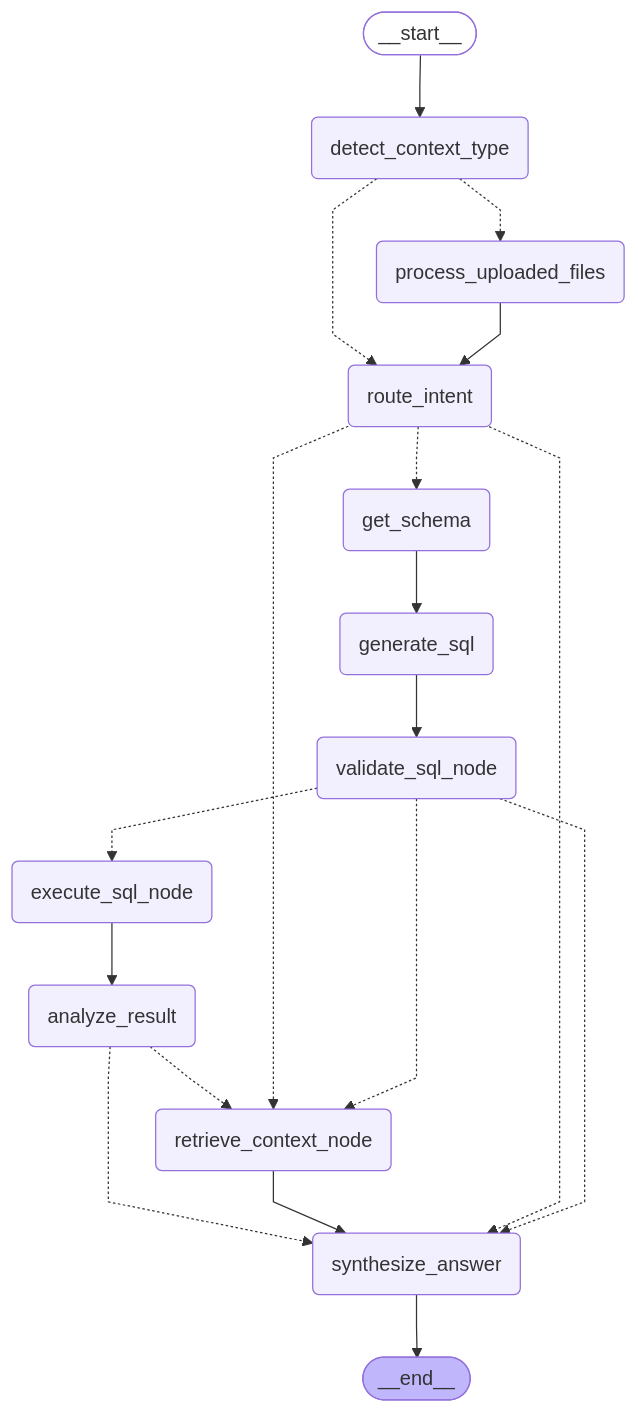
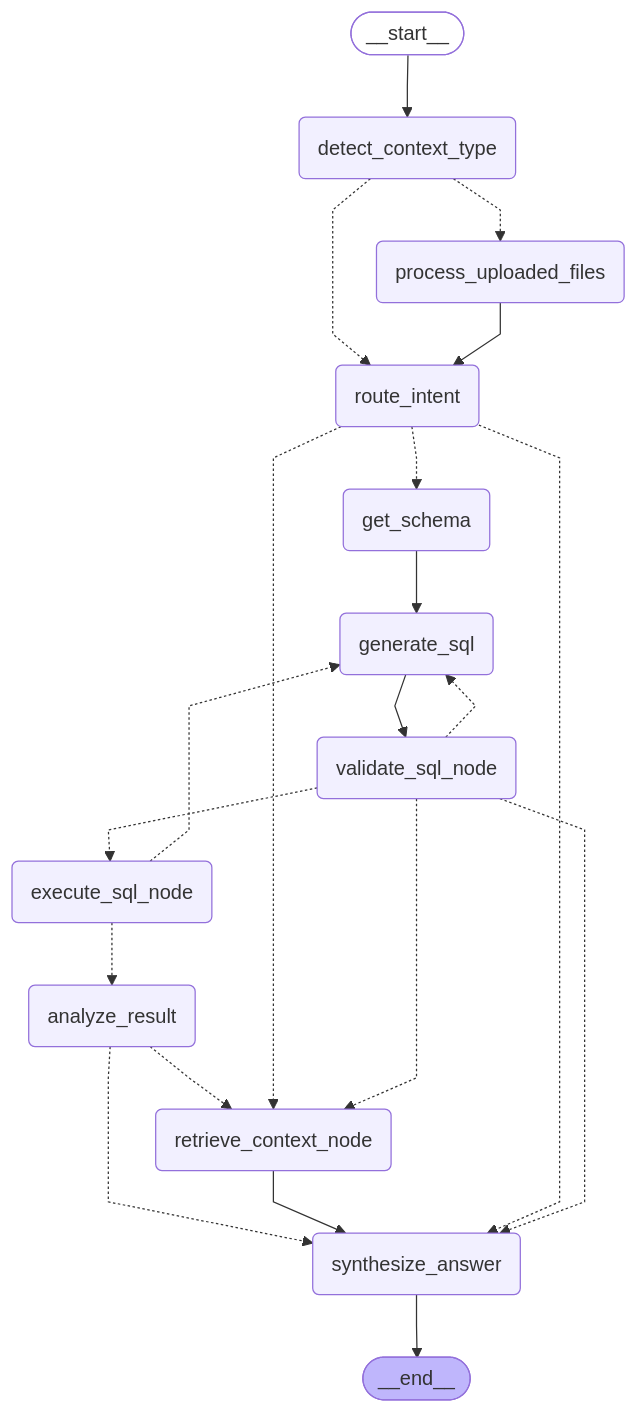
The diagram in docs/thangquang09/langgraph_graph.mmd (thangquang09/da-agent-project), drawn with Mermaid before and after one commit. The commit also changed 11 other files, not shown here.

First line of the commit message:
feat: Complete Area 1 & 2 - CTE Support and Plan-and-Execute Architecture

```diff
--- a/docs/thangquang09/langgraph_graph.mmd
+++ b/docs/thangquang09/langgraph_graph.mmd
@@ -1,38 +1,40 @@
 ---
 config:
   flowchart:
     curve: linear
 ---
 graph TD;
 	__start__([<p>__start__</p>]):::first
 	detect_context_type(detect_context_type)
 	process_uploaded_files(process_uploaded_files)
 	route_intent(route_intent)
 	get_schema(get_schema)
 	generate_sql(generate_sql)
 	validate_sql_node(validate_sql_node)
 	execute_sql_node(execute_sql_node)
 	analyze_result(analyze_result)
 	retrieve_context_node(retrieve_context_node)
 	synthesize_answer(synthesize_answer)
 	__end__([<p>__end__</p>]):::last
 	__start__ --> detect_context_type;
 	analyze_result -.-> retrieve_context_node;
 	analyze_result -.-> synthesize_answer;
 	detect_context_type -.-> process_uploaded_files;
 	detect_context_type -.-> route_intent;
-	execute_sql_node --> analyze_result;
+	execute_sql_node -.-> analyze_result;
+	execute_sql_node -.-> generate_sql;
 	generate_sql --> validate_sql_node;
 	get_schema --> generate_sql;
 	process_uploaded_files --> route_intent;
 	retrieve_context_node --> synthesize_answer;
 	route_intent -.-> get_schema;
 	route_intent -.-> retrieve_context_node;
 	route_intent -.-> synthesize_answer;
 	validate_sql_node -.-> execute_sql_node;
+	validate_sql_node -.-> generate_sql;
 	validate_sql_node -.-> retrieve_context_node;
 	validate_sql_node -.-> synthesize_answer;
 	synthesize_answer --> __end__;
 	classDef default fill:#f2f0ff,line-height:1.2
 	classDef first fill-opacity:0
 	classDef last fill:#bfb6fc
```
